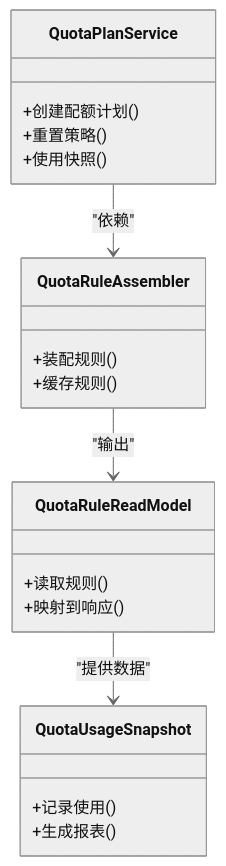
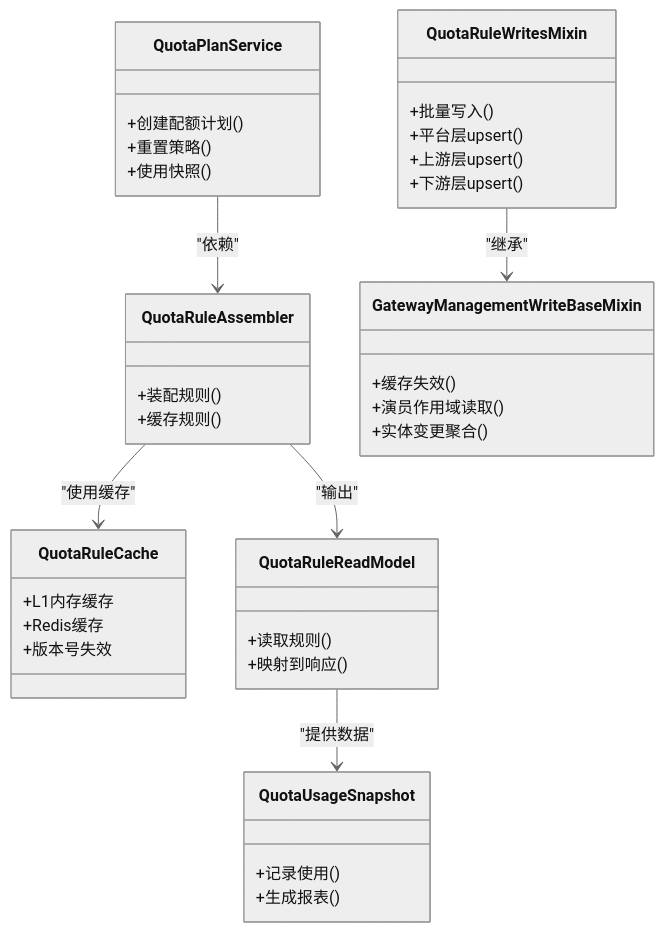
The fifth of 17 diagrams in .qoder/repowiki/zh/content/网关服务架构/成本控制与配额.md (tianyehedashu/ai-agent), drawn with Mermaid (neutral theme) before and after one commit. The commit also changed other lines of this file and 50 other files, not shown here.

````diff
--- a/.qoder/repowiki/zh/content/网关服务架构/成本控制与配额.md
+++ b/.qoder/repowiki/zh/content/网关服务架构/成本控制与配额.md
@@ -387,23 +609,41 @@
 ```mermaid
 classDiagram
 class QuotaPlanService {
 +创建配额计划()
 +重置策略()
 +使用快照()
 }
 class QuotaRuleAssembler {
 +装配规则()
 +缓存规则()
 }
+class QuotaRuleCache {
++L1内存缓存
++Redis缓存
++版本号失效
+}
 class QuotaRuleReadModel {
 +读取规则()
 +映射到响应()
 }
 class QuotaUsageSnapshot {
 +记录使用()
 +生成报表()
 }
+class QuotaRuleWritesMixin {
++批量写入()
++平台层upsert()
++上游层upsert()
++下游层upsert()
+}
+class GatewayManagementWriteBaseMixin {
++缓存失效()
++演员作用域读取()
++实体变更聚合()
+}
 QuotaPlanService --> QuotaRuleAssembler : "依赖"
 QuotaRuleAssembler --> QuotaRuleReadModel : "输出"
 QuotaRuleReadModel --> QuotaUsageSnapshot : "提供数据"
+QuotaRuleAssembler --> QuotaRuleCache : "使用缓存"
+QuotaRuleWritesMixin --> GatewayManagementWriteBaseMixin : "继承"
 ```
````
